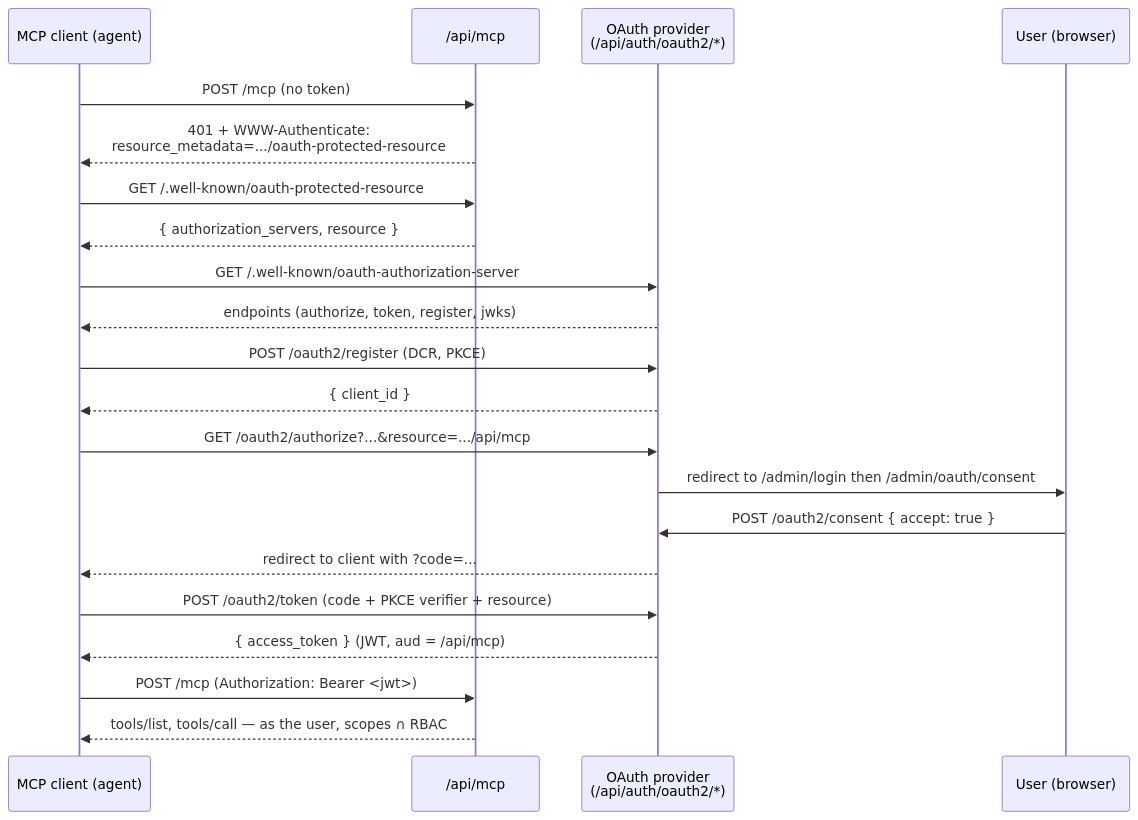
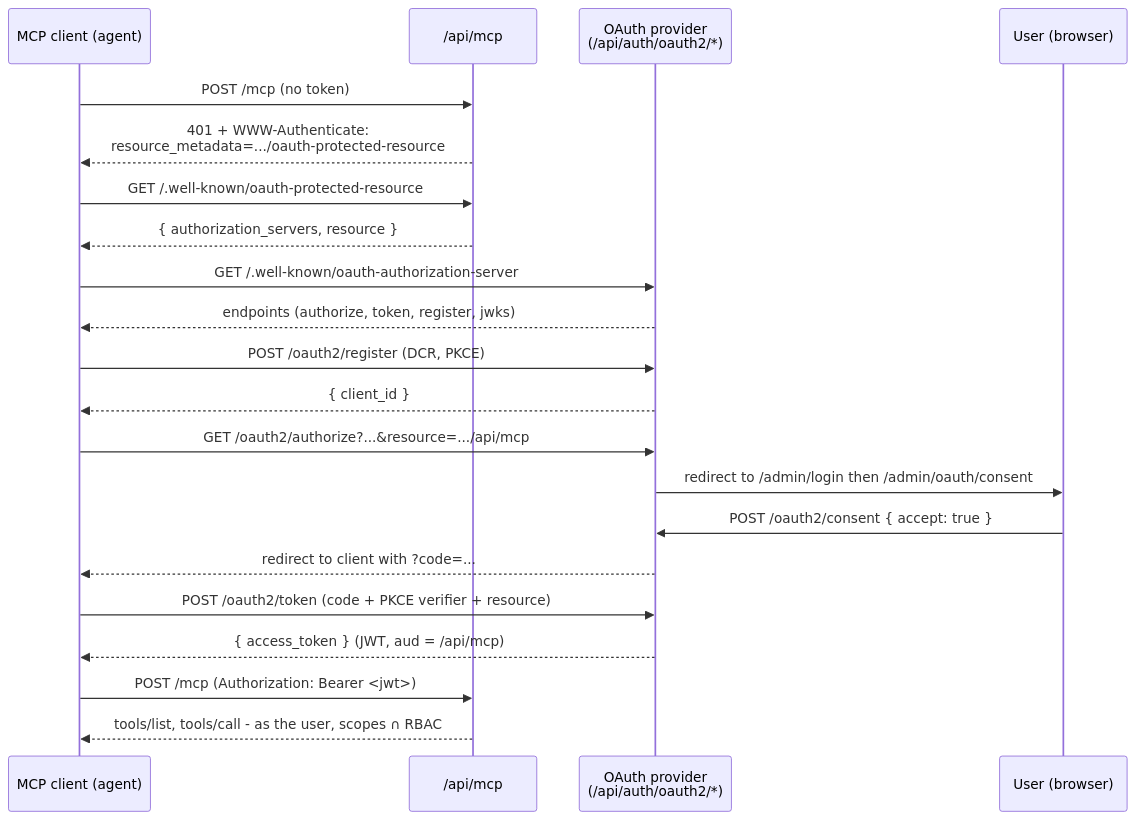
Before and after one commit to questpie/questpie: the first of 2 diagrams in apps/docs/content/docs/integrations/mcp-oauth.mdx, drawn with Mermaid. The commit also changed other lines of this file and 115 other files, not shown here.

````diff
--- a/apps/docs/content/docs/integrations/mcp-oauth.mdx
+++ b/apps/docs/content/docs/integrations/mcp-oauth.mdx
@@ -64,24 +64,24 @@
 ```mermaid
 sequenceDiagram
   participant C as MCP client (agent)
   participant M as /api/mcp
   participant AS as OAuth provider<br/>(/api/auth/oauth2/*)
   participant U as User (browser)
 
   C->>M: POST /mcp (no token)
   M-->>C: 401 + WWW-Authenticate:<br/>resource_metadata=.../oauth-protected-resource
   C->>M: GET /.well-known/oauth-protected-resource
   M-->>C: { authorization_servers, resource }
   C->>AS: GET /.well-known/oauth-authorization-server
   AS-->>C: endpoints (authorize, token, register, jwks)
   C->>AS: POST /oauth2/register (DCR, PKCE)
   AS-->>C: { client_id }
   C->>AS: GET /oauth2/authorize?...&resource=.../api/mcp
   AS->>U: redirect to /admin/login then /admin/oauth/consent
   U->>AS: POST /oauth2/consent { accept: true }
   AS-->>C: redirect to client with ?code=...
   C->>AS: POST /oauth2/token (code + PKCE verifier + resource)
   AS-->>C: { access_token } (JWT, aud = /api/mcp)
   C->>M: POST /mcp (Authorization: Bearer <jwt>)
-  M-->>C: tools/list, tools/call — as the user, scopes ∩ RBAC
+  M-->>C: tools/list, tools/call - as the user, scopes ∩ RBAC
 ```
````
